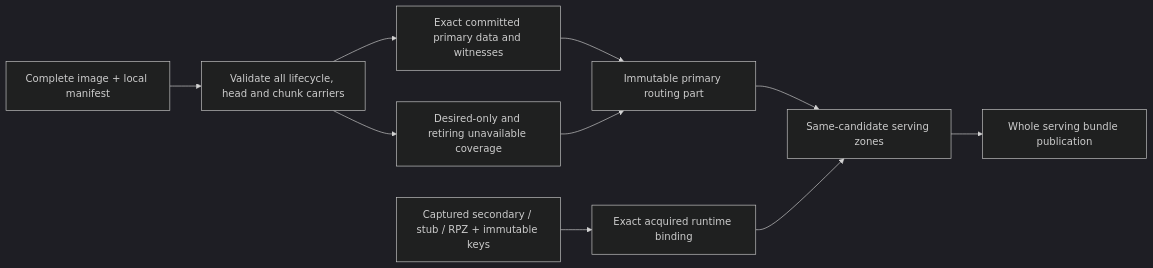
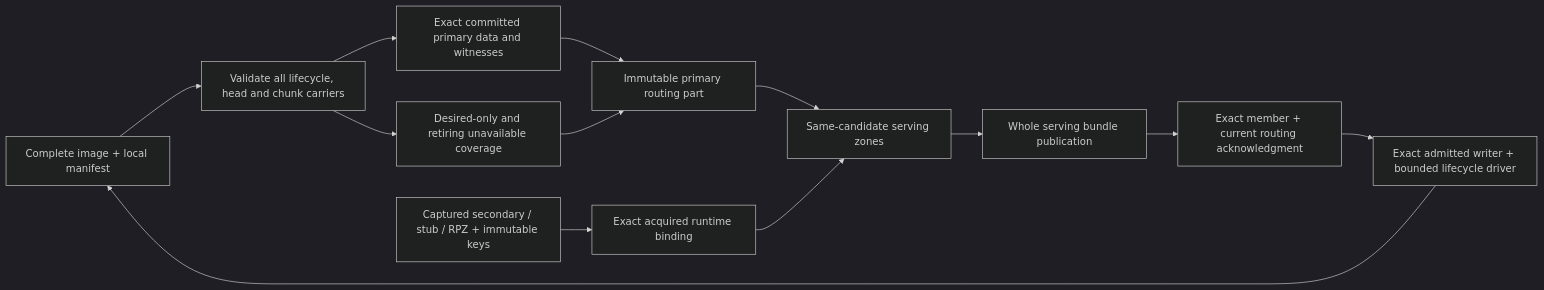
Before and after one commit to robertherbaugh/kudurru: the eighth of 8 diagrams in docs/architecture/zones.md, drawn with Mermaid (dark theme). The commit also changed other lines of this file and 6 other files, not shown here.

````diff
--- a/docs/architecture/zones.md
+++ b/docs/architecture/zones.md
@@ -512,12 +532,15 @@
 ```mermaid
 flowchart LR
     Image["Complete image + local manifest"] --> Validate["Validate all lifecycle, head and chunk carriers"]
     Validate --> Committed["Exact committed primary data and witnesses"]
     Validate --> Missing["Desired-only and retiring unavailable coverage"]
     Committed --> Part["Immutable primary routing part"]
     Missing --> Part
     Runtime["Captured secondary / stub / RPZ + immutable keys"] --> Bound["Exact acquired runtime binding"]
     Part --> Compose["Same-candidate serving zones"]
     Bound --> Compose
     Compose --> Bundle["Whole serving bundle publication"]
+    Driver["Exact admitted writer + bounded lifecycle driver"] --> Image
+    Bundle --> Ack["Exact member + current routing acknowledgment"]
+    Ack --> Driver
 ```
````
